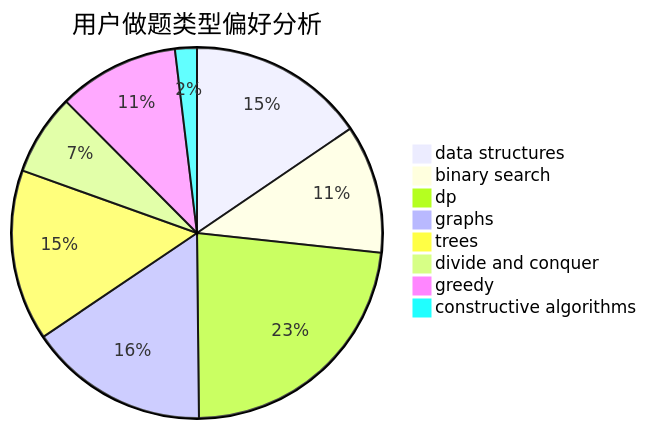
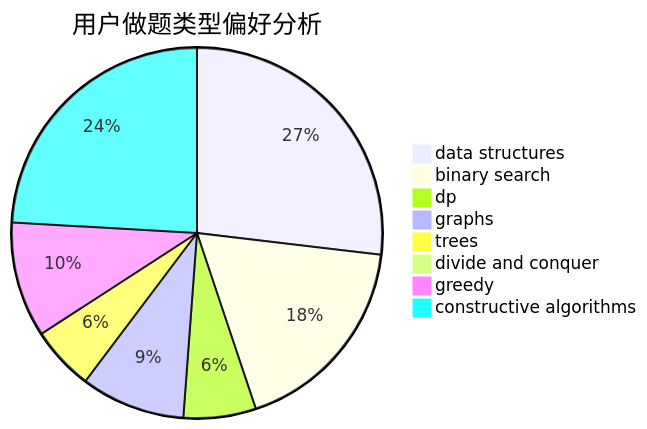
The second of 3 diagrams in docs/user/u569.md (sherpahu/cfrs.github.io), drawn with Mermaid before and after one commit. The commit also changed other lines of this file and 2770 other files, not shown here.

````diff
--- a/docs/user/u569.md
+++ b/docs/user/u569.md
@@ -23,11 +23,11 @@
 ```mermaid
 pie title 用户做题类型偏好分析
-    "data structures" :  138
-    "binary search" :  100
-    "dp" :  206
-    "graphs" :  140
-    "trees" :  133
-    "divide and conquer" :  63
+    "data structures" :  251
+    "binary search" :  168
+    "dp" :  59
+    "graphs" :  85
+    "trees" :  52
+    "divide and conquer" :  0
     "greedy" :  94
-    "constructive algorithms" :  17
+    "constructive algorithms" :  225
 ```
````
